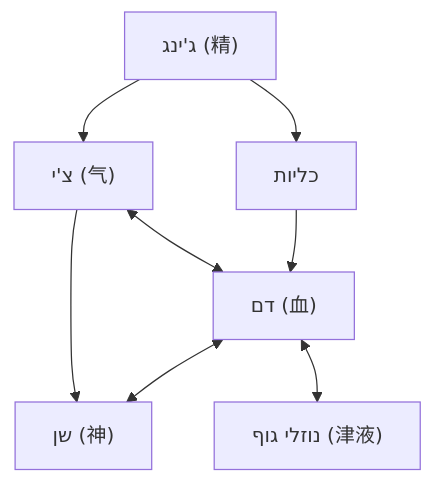
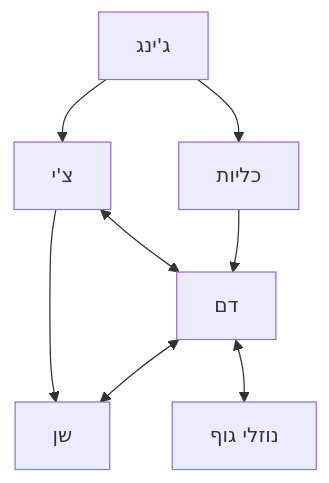
Before and after one commit to sharondaniely/acuponctura: the second of 2 diagrams in docs/year-1-foundations/module-01-philosophy/04-vital-substances.md, drawn with Mermaid. The commit also changed other lines of this file and 132 other files, not shown here.

````diff
--- a/docs/year-1-foundations/module-01-philosophy/04-vital-substances.md
+++ b/docs/year-1-foundations/module-01-philosophy/04-vital-substances.md
@@ -344,10 +344,10 @@
 ```mermaid
 graph TD
-    Jing["ג'ינג (精)"] --> Kidneys["כליות"]
-    Jing --> Qi["צ'י (气)"]
-    Kidneys --> Blood["דם (血)"]
-    Blood <--> Shen["שן (神)"]
+    Jing["ג'ינג"] --> Kidneys["כליות"]
+    Jing --> Qi["צ'י"]
+    Kidneys --> Blood["דם"]
+    Blood <--> Shen["שן"]
     Qi --> Shen
     Qi <--> Blood
-    Blood <--> Fluids["נוזלי גוף (津液)"]
+    Blood <--> Fluids["נוזלי גוף"]
 ```
````
